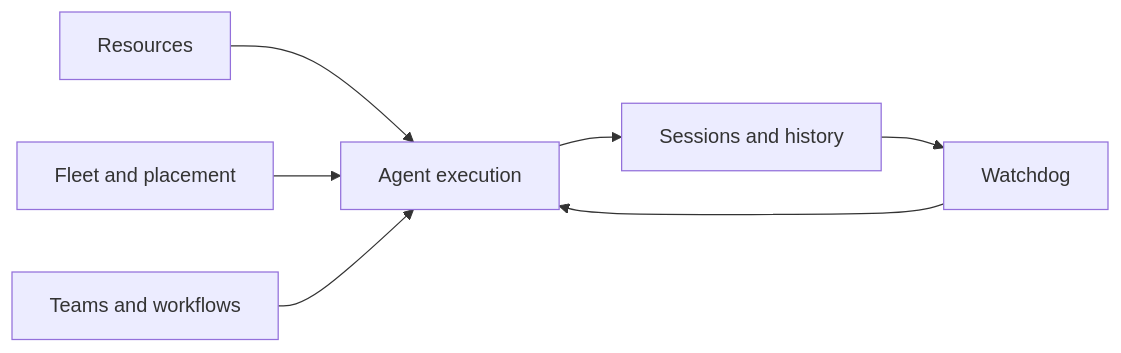
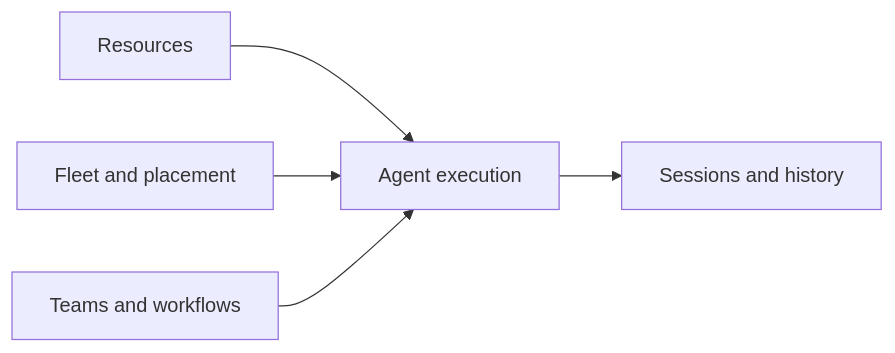
One commit to phnx-labs/agi-cli changed the diagram in cli/docs/concepts.md. Above: the diagram before and after it, drawn with Mermaid. The commit also changed other lines of this file and 81 other files, not shown here.

````diff
--- a/cli/docs/concepts.md
+++ b/cli/docs/concepts.md
@@ -7,9 +7,7 @@
 ```mermaid
 flowchart LR
   R[Resources] --> E[Agent execution]
   E --> S[Sessions and history]
   F[Fleet and placement] --> E
   T[Teams and workflows] --> E
-  A[Watchdog] --> E
-  S --> A
 ```
````
